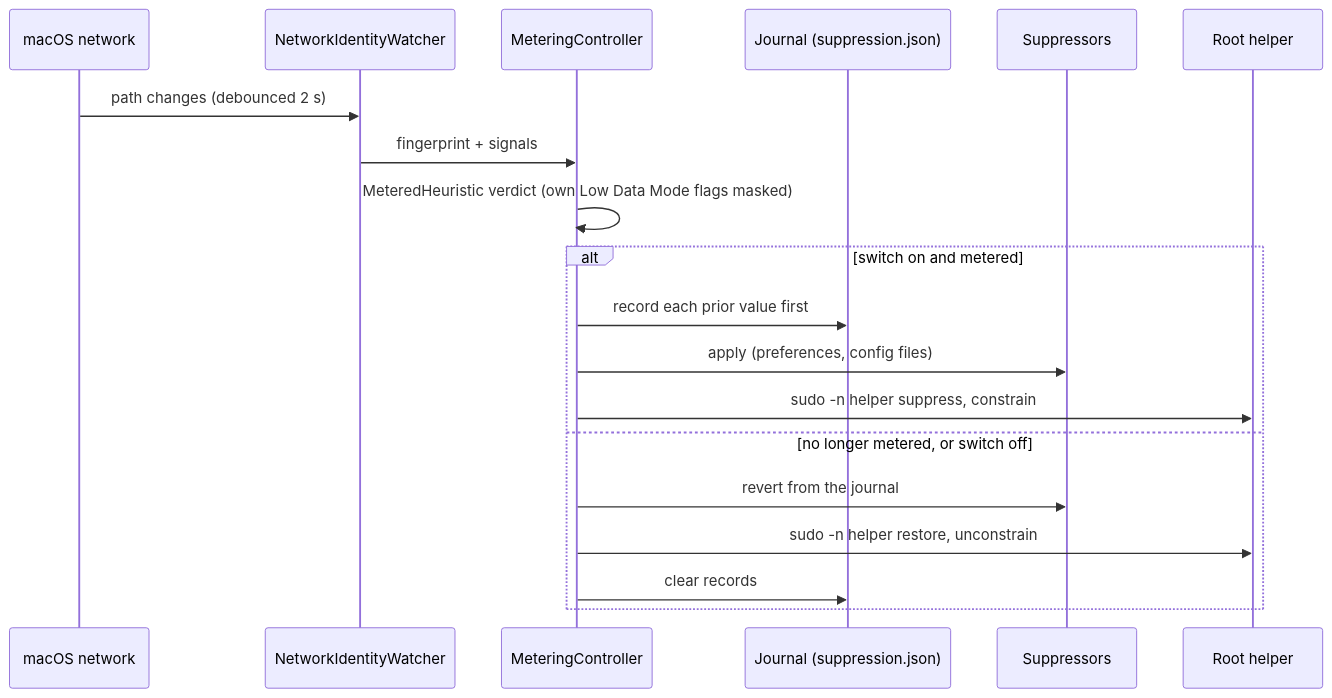
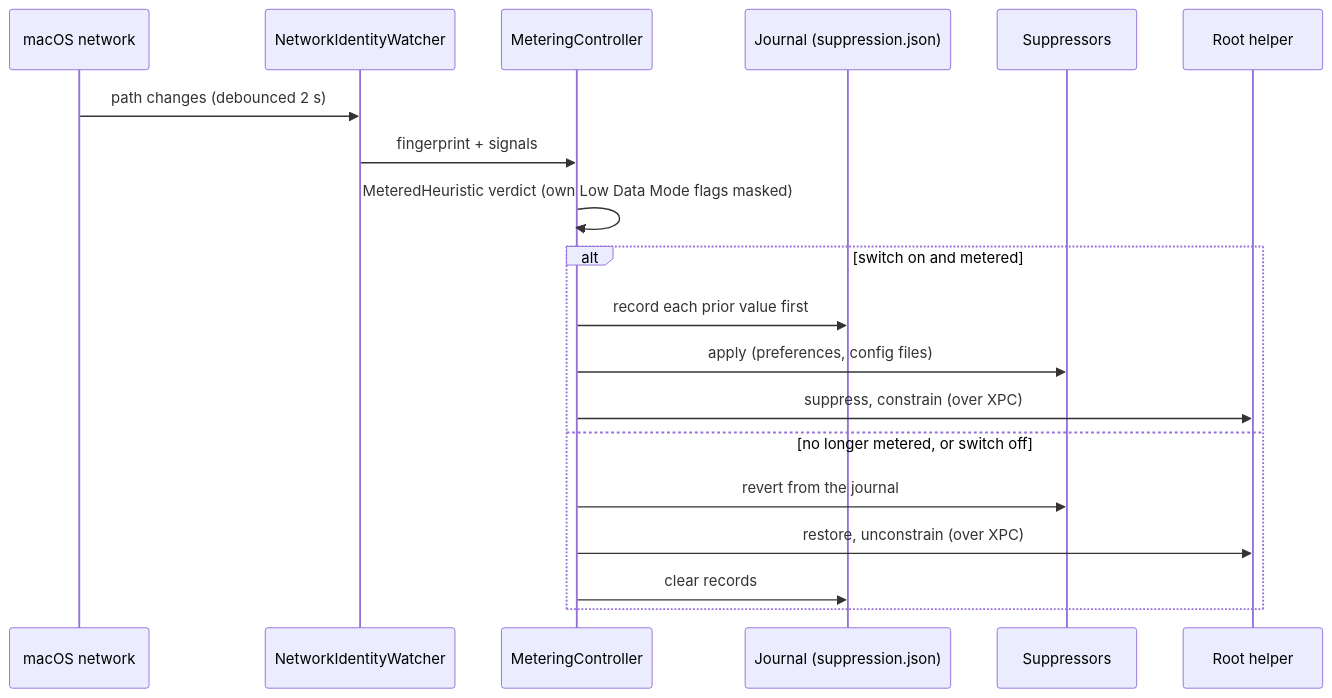
Before and after one commit to kevinabouhanna/NetworkMonitor: the diagram in docs/hotspot-mode.md, drawn with Mermaid. The commit also changed other lines of this file and 10 other files, not shown here.

````diff
--- a/docs/hotspot-mode.md
+++ b/docs/hotspot-mode.md
@@ -196,22 +196,22 @@
 ```mermaid
 sequenceDiagram
     participant Mac as macOS network
     participant W as NetworkIdentityWatcher
     participant M as MeteringController
     participant J as Journal (suppression.json)
     participant S as Suppressors
     participant H as Root helper
 
     Mac->>W: path changes (debounced 2 s)
     W->>M: fingerprint + signals
     M->>M: MeteredHeuristic verdict (own Low Data Mode flags masked)
     alt switch on and metered
         M->>J: record each prior value first
         M->>S: apply (preferences, config files)
-        M->>H: sudo -n helper suppress, constrain
+        M->>H: suppress, constrain (over XPC)
     else no longer metered, or switch off
         M->>S: revert from the journal
-        M->>H: sudo -n helper restore, unconstrain
+        M->>H: restore, unconstrain (over XPC)
         M->>J: clear records
     end
 ```
````
